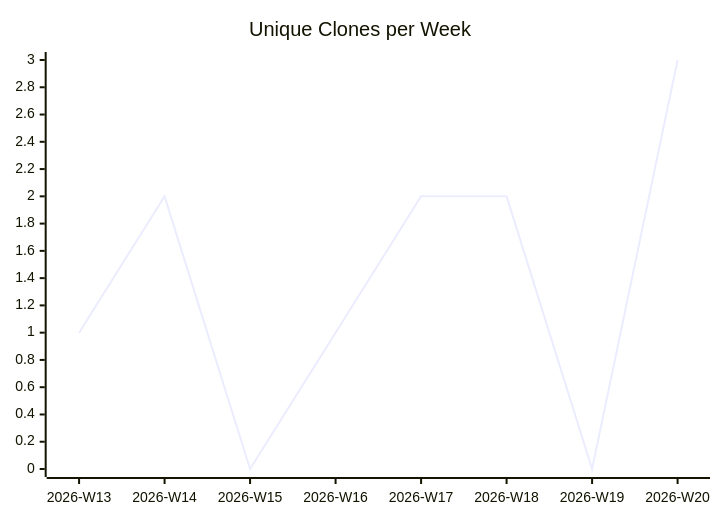
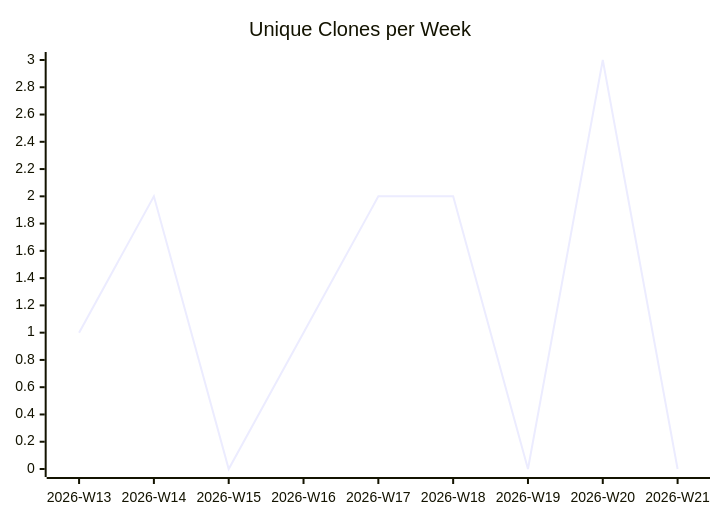
Before and after one commit to justdavis-family/github-analytics-data: the third of 3 diagrams in karlmdavis/hapi-fhir-jpaserver-starter/README.md, drawn with Mermaid. The commit also changed other lines of this file and 189 other files, not shown here.

````diff
--- a/karlmdavis/hapi-fhir-jpaserver-starter/README.md
+++ b/karlmdavis/hapi-fhir-jpaserver-starter/README.md
@@ -19,6 +19,6 @@
 ```mermaid
 xychart-beta
   title "Unique Clones per Week"
-  x-axis ["2026-W13", "2026-W14", "2026-W15", "2026-W16", "2026-W17", "2026-W18", "2026-W19", "2026-W20"]
-  line [1, 2, 0, 1, 2, 2, 0, 3]
+  x-axis ["2026-W13", "2026-W14", "2026-W15", "2026-W16", "2026-W17", "2026-W18", "2026-W19", "2026-W20", "2026-W21"]
+  line [1, 2, 0, 1, 2, 2, 0, 3, 0]
 ```
````
